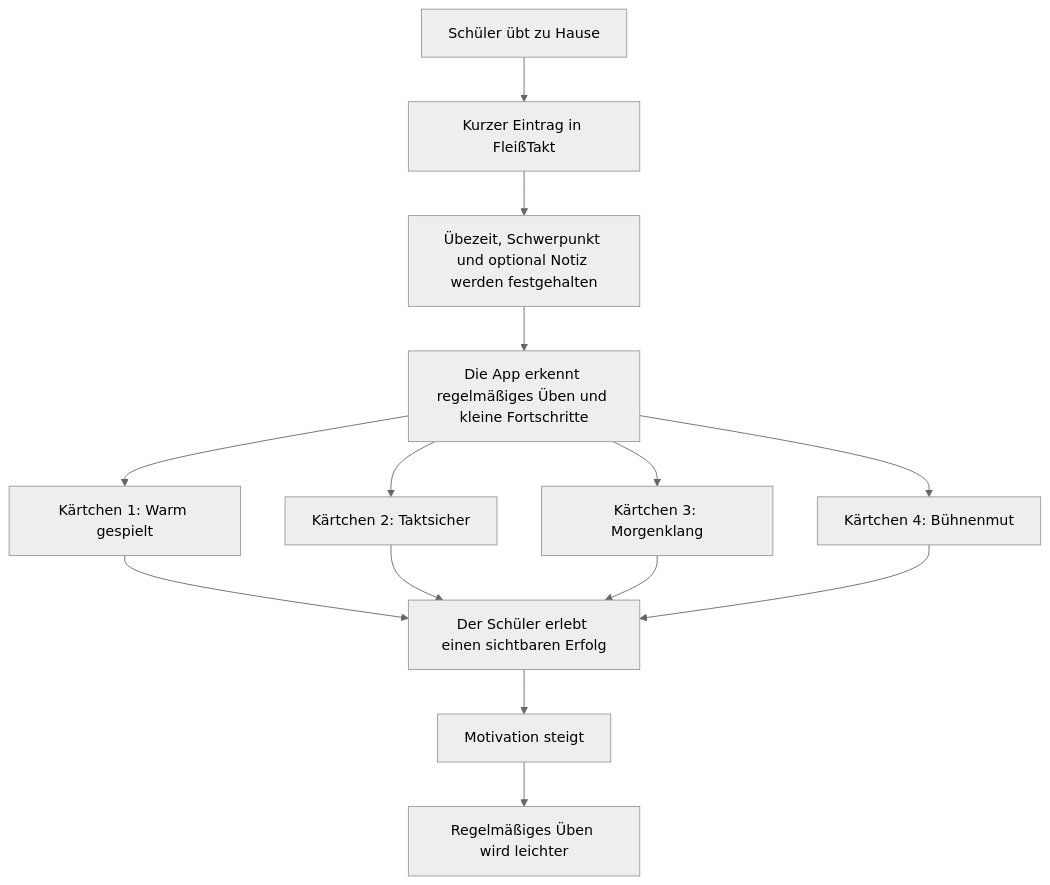
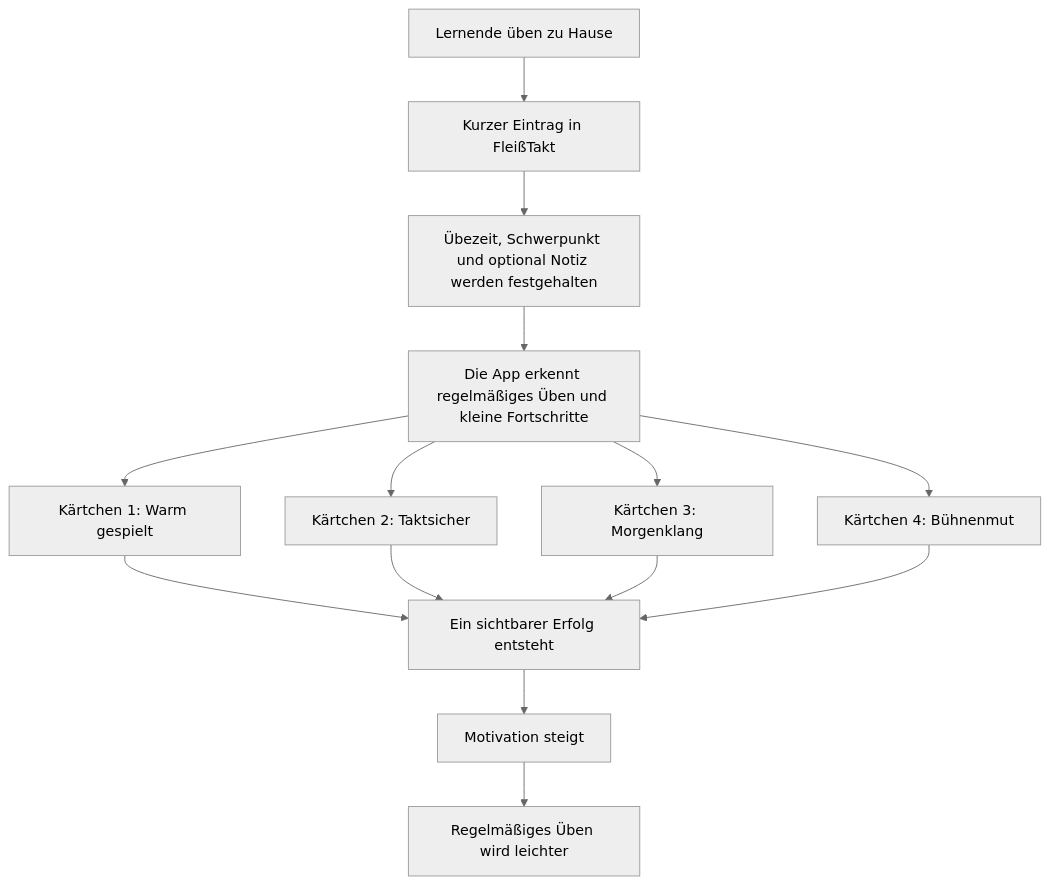
One commit to marsrakete/fleisstakt changed the first of 2 diagrams in README.md. Above: the diagram before and after it, drawn with Mermaid (neutral theme). The commit also changed other lines of this file and 4 other files, not shown here.

````diff
--- a/README.md
+++ b/README.md
@@ -27,19 +27,19 @@
 ```mermaid
 flowchart TD
-    A["Schüler übt zu Hause"] --> B["Kurzer Eintrag in FleißTakt"]
+    A["Lernende üben zu Hause"] --> B["Kurzer Eintrag in FleißTakt"]
     B --> C["Übezeit, Schwerpunkt und optional Notiz werden festgehalten"]
     C --> D["Die App erkennt regelmäßiges Üben und kleine Fortschritte"]
 
     D --> E["Kärtchen 1: Warm gespielt"]
     D --> F["Kärtchen 2: Taktsicher"]
     D --> G["Kärtchen 3: Morgenklang"]
     D --> H["Kärtchen 4: Bühnenmut"]
 
-    E --> I["Der Schüler erlebt einen sichtbaren Erfolg"]
+    E --> I["Ein sichtbarer Erfolg entsteht"]
     F --> I
     G --> I
     H --> I
 
     I --> J["Motivation steigt"]
     J --> K["Regelmäßiges Üben wird leichter"]
 ```
````
